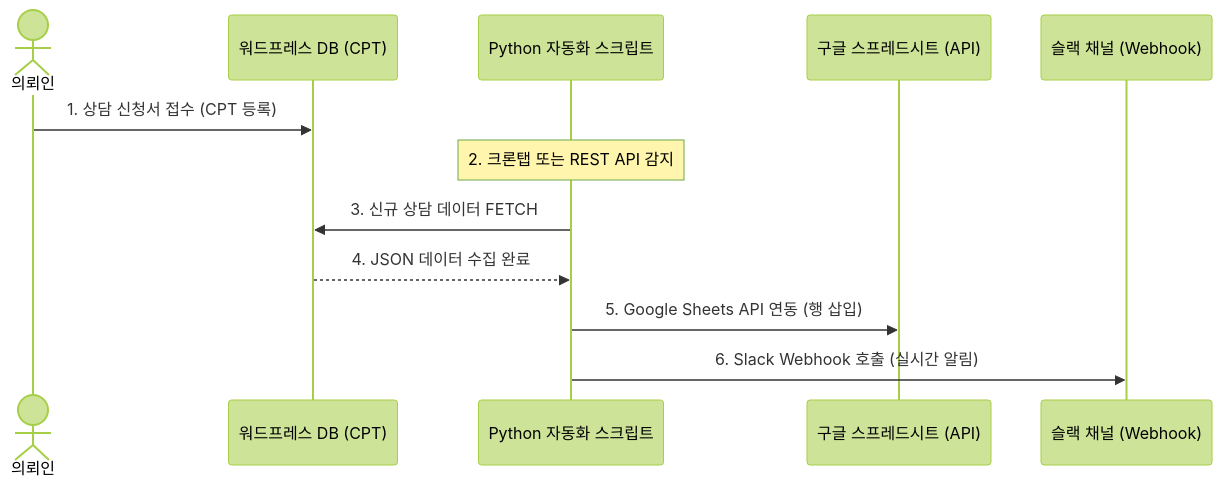
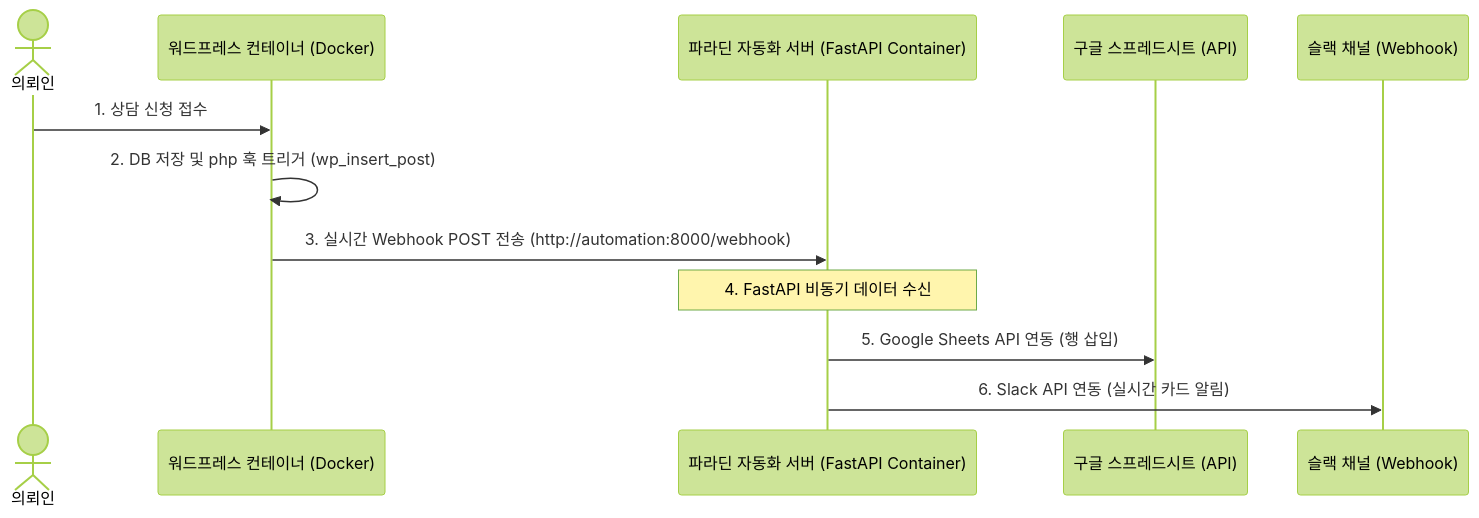
Before and after one commit to space-cap/wordpress-dev: the diagram in docs/python-automation-plan.md, drawn with Mermaid (forest theme). The commit also changed other lines of this file, not shown here.

Commit message:
docs: Refactor Python automation plan for Docker Compose & FastAPI Webhook

````diff
--- a/docs/python-automation-plan.md
+++ b/docs/python-automation-plan.md
@@ -11,15 +11,15 @@
 ```mermaid
 sequenceDiagram
     actor 의뢰인
-    participant WP as 워드프레스 DB (CPT)
-    participant Py as Python 자동화 스크립트
+    participant WP as 워드프레스 컨테이너 (Docker)
+    participant Py as 파라딘 자동화 서버 (FastAPI Container)
     participant GS as 구글 스프레드시트 (API)
     participant Slack as 슬랙 채널 (Webhook)
 
-    의뢰인->>WP: 1. 상담 신청서 접수 (CPT 등록)
-    Note over Py: 2. 크론탭 또는 REST API 감지
-    Py->>WP: 3. 신규 상담 데이터 FETCH
-    WP-->>Py: 4. JSON 데이터 수집 완료
+    의뢰인->>WP: 1. 상담 신청 접수
+    WP->>WP: 2. DB 저장 및 php 훅 트리거 (wp_insert_post)
+    WP->>Py: 3. 실시간 Webhook POST 전송 (http://automation:8000/webhook)
+    Note over Py: 4. FastAPI 비동기 데이터 수신
     Py->>GS: 5. Google Sheets API 연동 (행 삽입)
-    Py->>Slack: 6. Slack Webhook 호출 (실시간 알림)
+    Py->>Slack: 6. Slack API 연동 (실시간 카드 알림)
 ```
````
